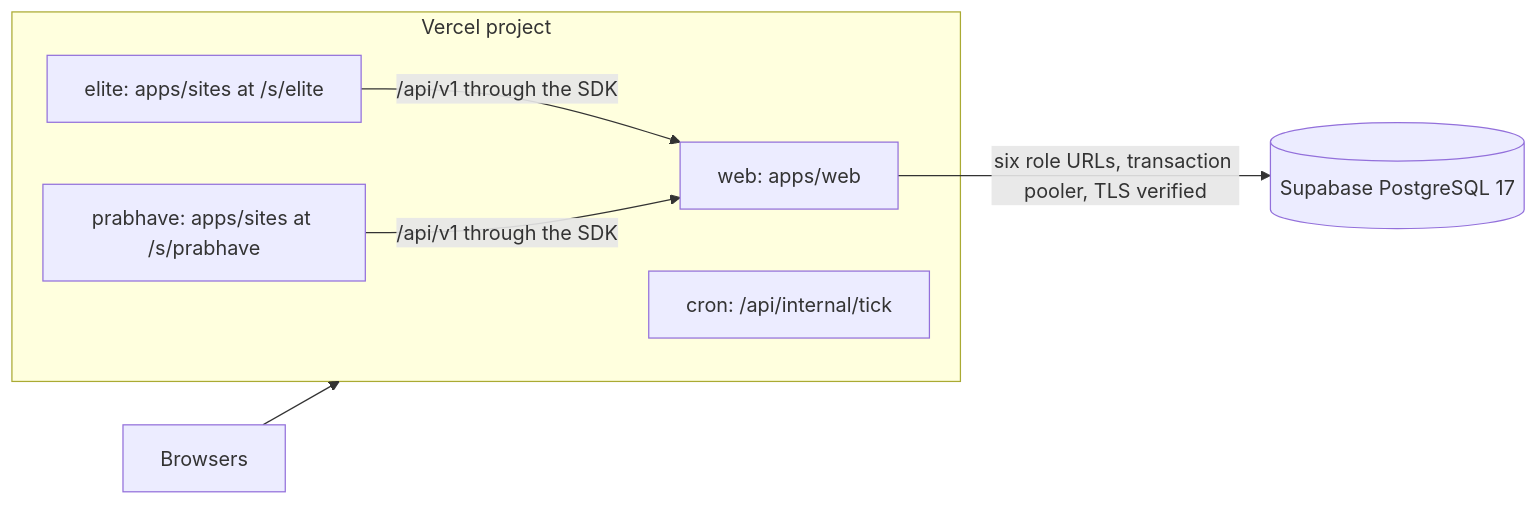
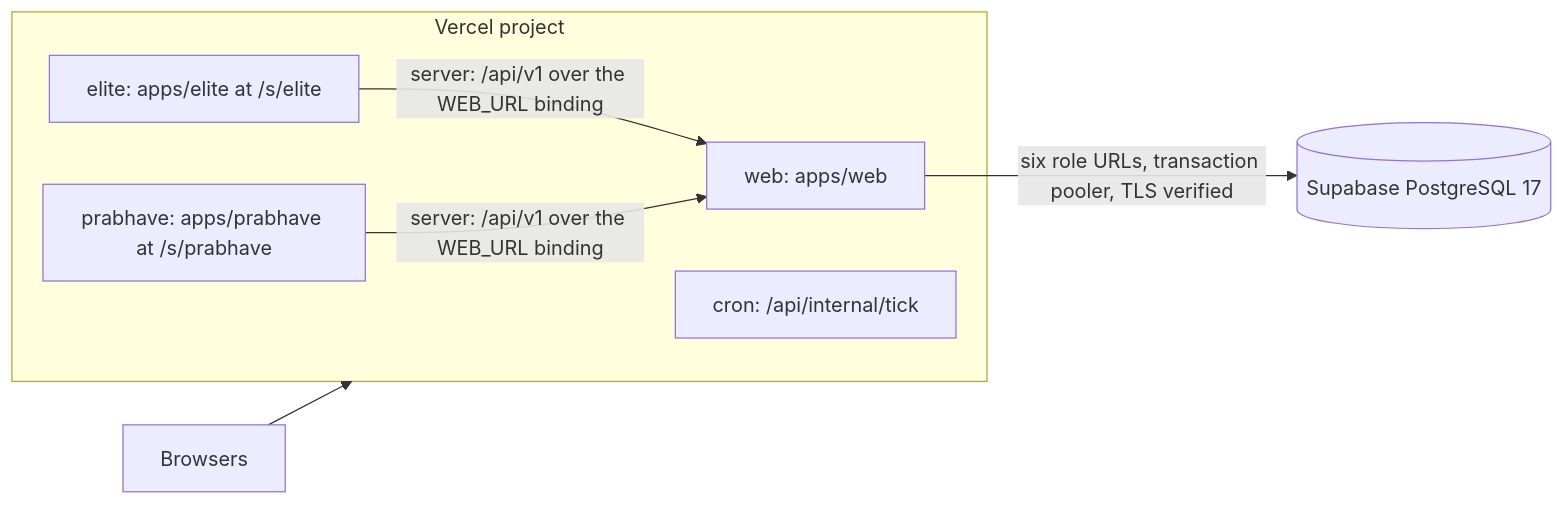
Before and after one commit to SawhneySatvik/munshi: the ninth of 9 diagrams in README.md, drawn with Mermaid. The commit also changed other lines of this file and 82 other files, not shown here.

First line of the commit message:
Deploy as one Vercel project with three services: the web app at /, Elite at /s/elite, Prabhave at /s/prabhave

````diff
--- a/README.md
+++ b/README.md
@@ -687,13 +691,13 @@
 ```mermaid
 flowchart LR
   browser["Browsers"] --> vercel
   subgraph vercel["Vercel project"]
     web["web: apps/web"]
-    elite["elite: apps/sites at /s/elite"]
-    prabhave["prabhave: apps/sites at /s/prabhave"]
+    elite["elite: apps/elite at /s/elite"]
+    prabhave["prabhave: apps/prabhave at /s/prabhave"]
     cronj["cron: /api/internal/tick"]
   end
-  elite -- "/api/v1 through the SDK" --> web
-  prabhave -- "/api/v1 through the SDK" --> web
+  elite -- "server: /api/v1 over the WEB_URL binding" --> web
+  prabhave -- "server: /api/v1 over the WEB_URL binding" --> web
   web -- "six role URLs, transaction pooler, TLS verified" --> db[("Supabase PostgreSQL 17")]
 ```
````
